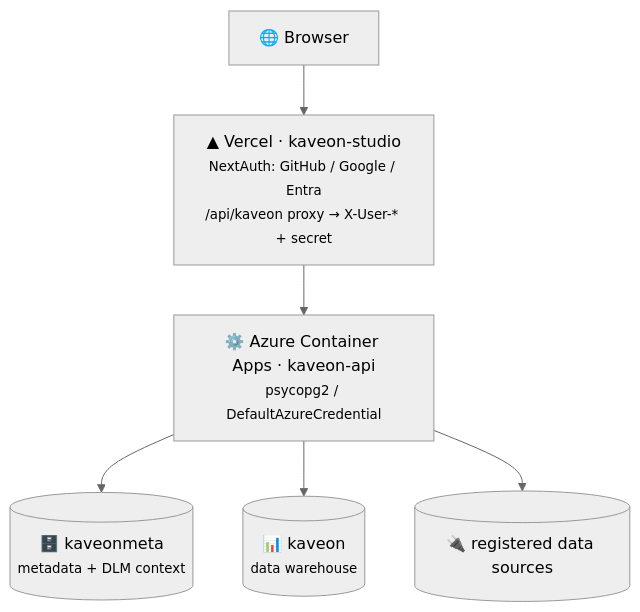
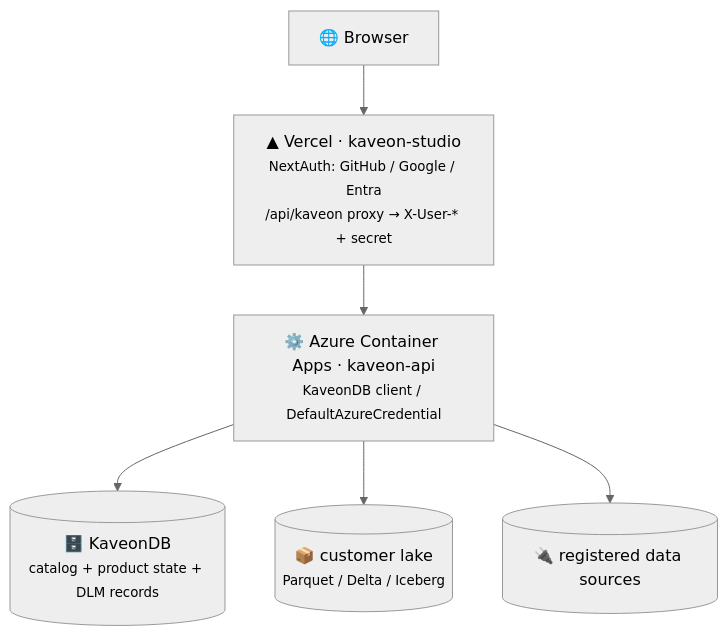
The diagram in DEPLOYMENT.md (PruthviProdduturi/Kaveon), drawn with Mermaid (neutral theme) before and after one commit. The commit also changed other lines of this file and 1 other file, not shown here.

Commit message:
docs: align native deployment architecture

````diff
--- a/DEPLOYMENT.md
+++ b/DEPLOYMENT.md
@@ -10,13 +10,13 @@
 ```mermaid
 flowchart TD
     B["🌐 Browser"]
     V["▲ Vercel · kaveon-studio<br/><small>NextAuth: GitHub / Google / Entra<br/>/api/kaveon proxy → X-User-* + secret</small>"]
-    A["⚙️ Azure Container Apps · kaveon-api<br/><small>psycopg2 / DefaultAzureCredential</small>"]
-    M[("🗄️ kaveonmeta<br/><small>metadata + DLM context</small>")]
-    D[("📊 kaveon<br/><small>data warehouse</small>")]
+    A["⚙️ Azure Container Apps · kaveon-api<br/><small>KaveonDB client / DefaultAzureCredential</small>"]
+    K[("🗄️ KaveonDB<br/><small>catalog + product state + DLM records</small>")]
+    L[("📦 customer lake<br/><small>Parquet / Delta / Iceberg</small>")]
     X[("🔌 registered data sources")]
     B --> V --> A
-    A --> M
-    A --> D
+    A --> K
+    A --> L
     A --> X
 ```
````
